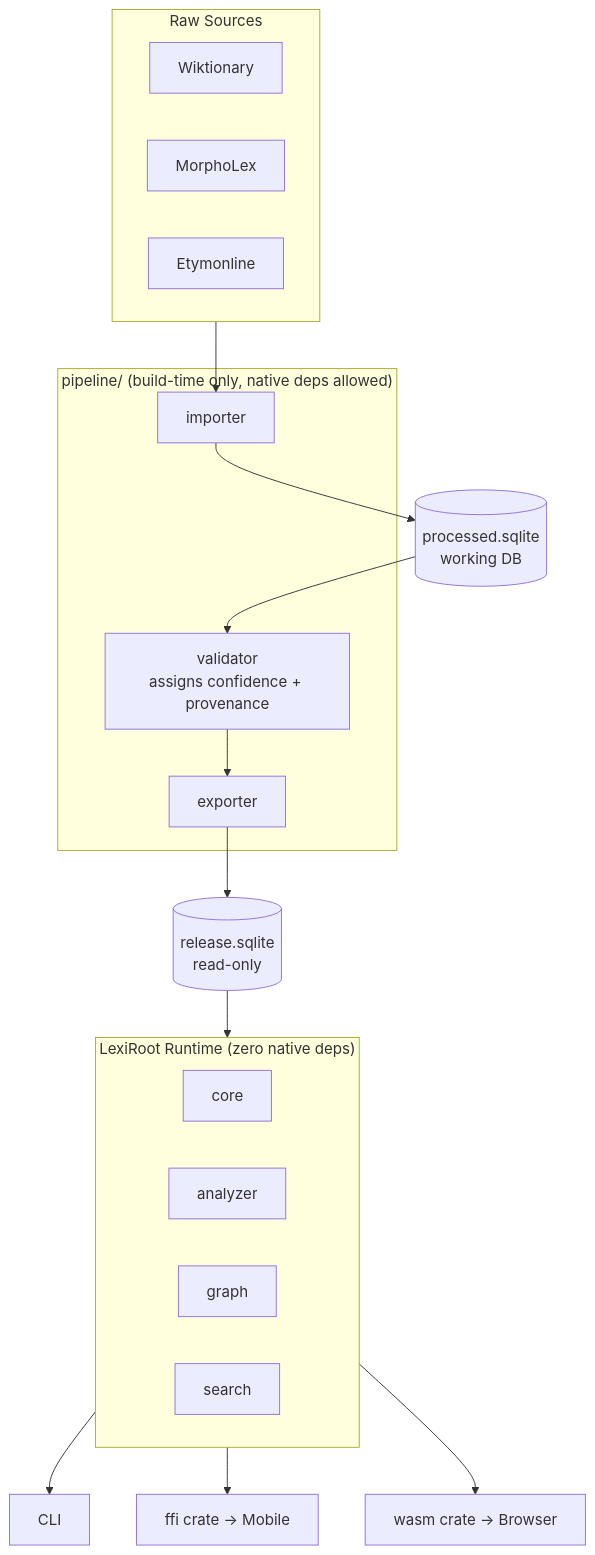
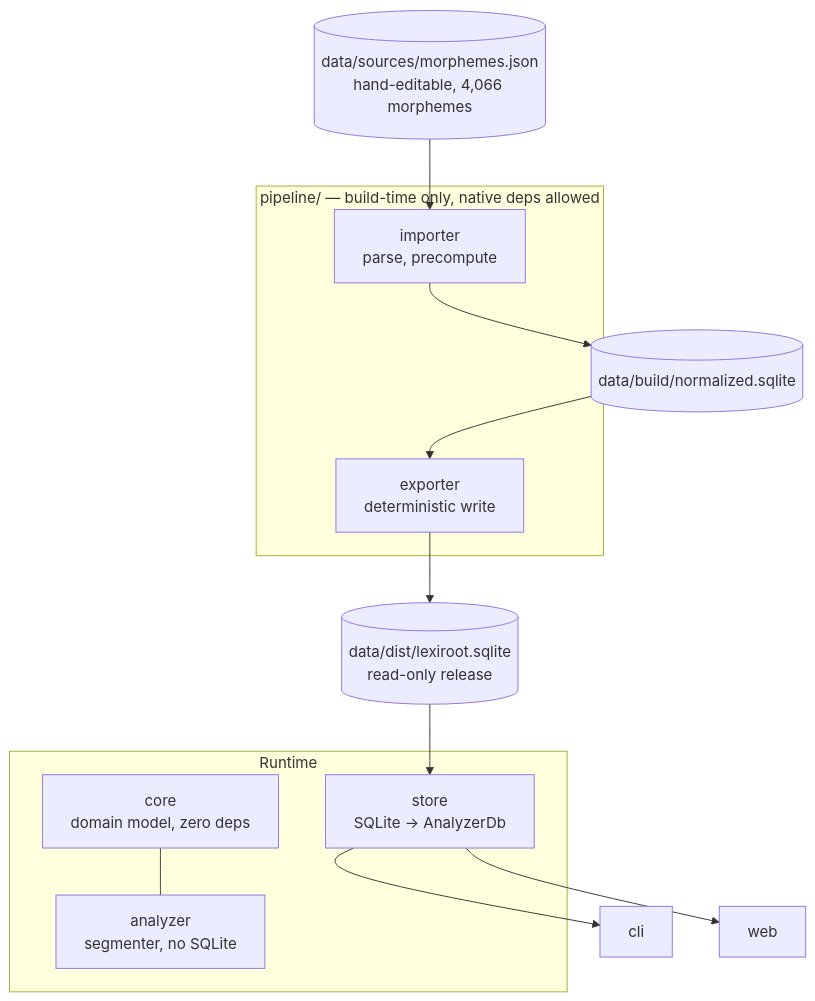
Before and after one commit to tcyeee/lexiroot: the diagram in README.md, drawn with Mermaid. The commit also changed other lines of this file and 43 other files, not shown here.

````diff
--- a/README.md
+++ b/README.md
@@ -334,30 +328,23 @@
 ```mermaid
 flowchart TD
-    subgraph sources["Raw Sources"]
-        A1[Wiktionary]
-        A2[MorphoLex]
-        A3[Etymonline]
+    A1[("data/sources/morphemes.json<br/>hand-editable, 4,066 morphemes")]
+
+    subgraph pipeline["pipeline/ — build-time only, native deps allowed"]
+        B[importer<br/>parse, precompute]
+        D[exporter<br/>deterministic write]
     end
 
-    subgraph pipeline["pipeline/ (build-time only, native deps allowed)"]
-        B[importer]
-        C[validator<br/>assigns confidence + provenance]
-        D[exporter]
+    E[(data/build/normalized.sqlite)]
+    F[(data/dist/lexiroot.sqlite<br/>read-only release)]
+
+    subgraph runtime["Runtime"]
+        G[core<br/>domain model, zero deps]
+        H[analyzer<br/>segmenter, no SQLite]
+        S[store<br/>SQLite → AnalyzerDb]
     end
 
-    E[(processed.sqlite<br/>working DB)]
-    F[(release.sqlite<br/>read-only)]
-
-    subgraph runtime["LexiRoot Runtime (zero native deps)"]
-        G[core]
-        H[analyzer]
-        I[graph]
-        J[search]
-    end
-
-    sources --> B --> E --> C --> D --> F --> runtime
-
-    runtime --> K[CLI]
-    runtime --> L[ffi crate → Mobile]
-    runtime --> M[wasm crate → Browser]
+    A1 --> B --> E --> D --> F --> S
+    G --- H
+    S --> K[cli]
+    S --> W[web]
 ```
````
